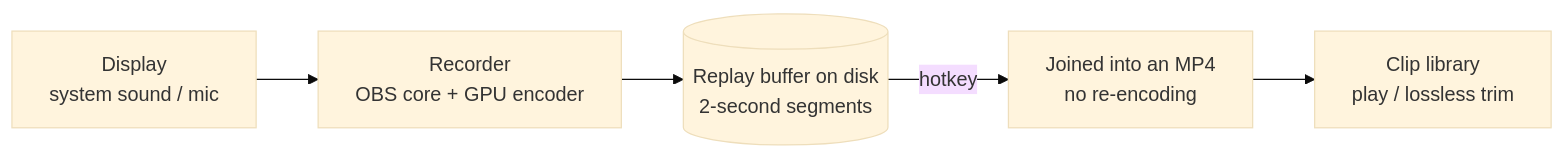
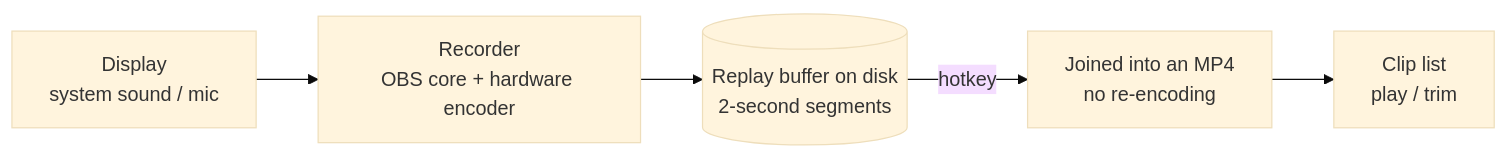
One commit to Lunafreya123/ReplayClipper changed the diagram in README.en.md. Above: the diagram before and after it, drawn with Mermaid (base theme). The commit also changed other lines of this file and 1 other file, not shown here.

````diff
--- a/README.en.md
+++ b/README.en.md
@@ -105,7 +100,7 @@
 ```mermaid
 flowchart LR
-    A["Display<br>system sound / mic"] --> B["Recorder<br>OBS core + GPU encoder"]
+    A["Display<br>system sound / mic"] --> B["Recorder<br>OBS core + hardware encoder"]
     B --> C[("Replay buffer on disk<br>2-second segments")]
     C -- "hotkey" --> D["Joined into an MP4<br>no re-encoding"]
-    D --> E["Clip library<br>play / lossless trim"]
+    D --> E["Clip list<br>play / trim"]
 ```
````
